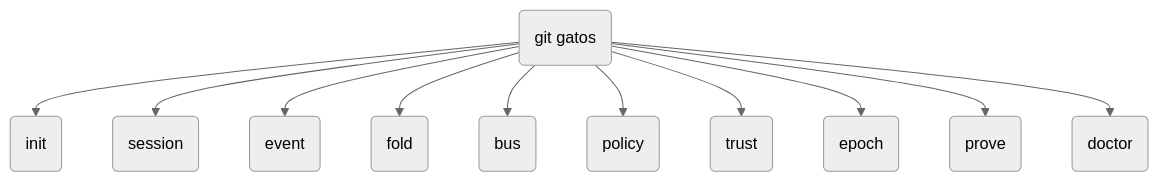
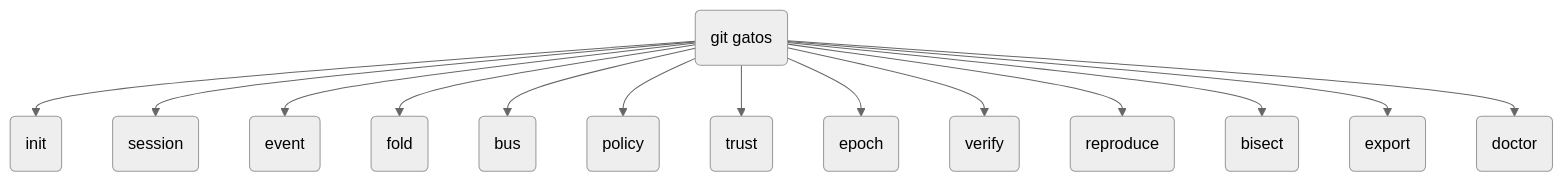
Before and after one commit to flyingrobots/gatos: diagram 18 of 21 in docs/SPEC.md, drawn with Mermaid (neutral theme). The commit also changed other lines of this file and 10 other files, not shown here.

````diff
--- a/docs/SPEC.md
+++ b/docs/SPEC.md
@@ -666,13 +666,16 @@
 ```mermaid
 graph TD
     A(git gatos) --> B(init);
     A --> C(session);
     A --> D(event);
     A --> E(fold);
     A --> F(bus);
     A --> G(policy);
     A --> H(trust);
     A --> I(epoch);
-    A --> J(prove);
-    A --> K(doctor);
+    A --> J(verify);
+    A --> K(reproduce);
+    A --> L(bisect);
+    A --> M(export);
+    A --> N(doctor);
 ```
````
